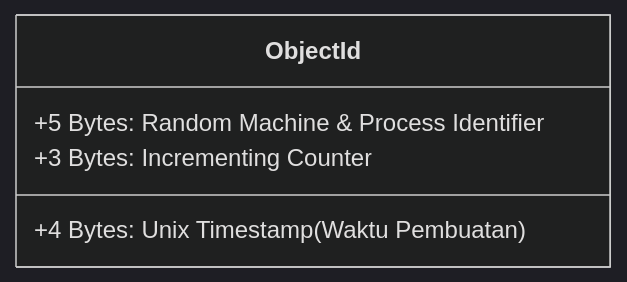
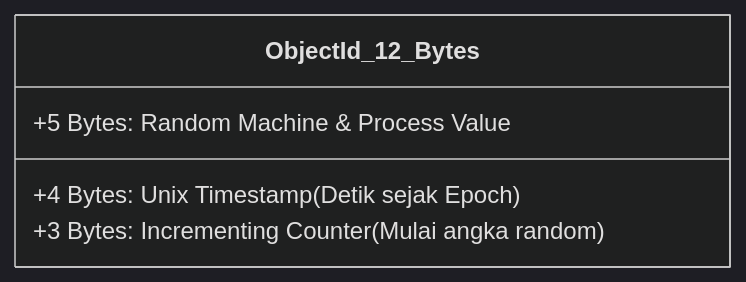
Before and after one commit to exa31/learning-docs: the second of 3 diagrams in src/content/docs/mongodb/01-dokumen-dan-crud-dasar.md, drawn with Mermaid (dark theme). The commit also changed other lines of this file and 7 other files, not shown here.

````diff
--- a/src/content/docs/mongodb/01-dokumen-dan-crud-dasar.md
+++ b/src/content/docs/mongodb/01-dokumen-dan-crud-dasar.md
@@ -25,8 +38,8 @@
 ```mermaid
 classDiagram
-    class ObjectId {
-        +4 Bytes: Unix Timestamp (Waktu Pembuatan)
-        +5 Bytes: Random Machine & Process Identifier
-        +3 Bytes: Incrementing Counter
+    class ObjectId_12_Bytes {
+        +4 Bytes: Unix Timestamp (Detik sejak Epoch)
+        +5 Bytes: Random Machine & Process Value
+        +3 Bytes: Incrementing Counter (Mulai angka random)
     }
 ```
````
